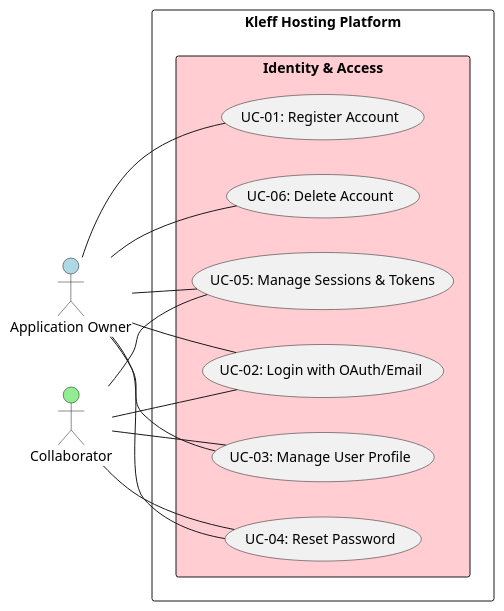
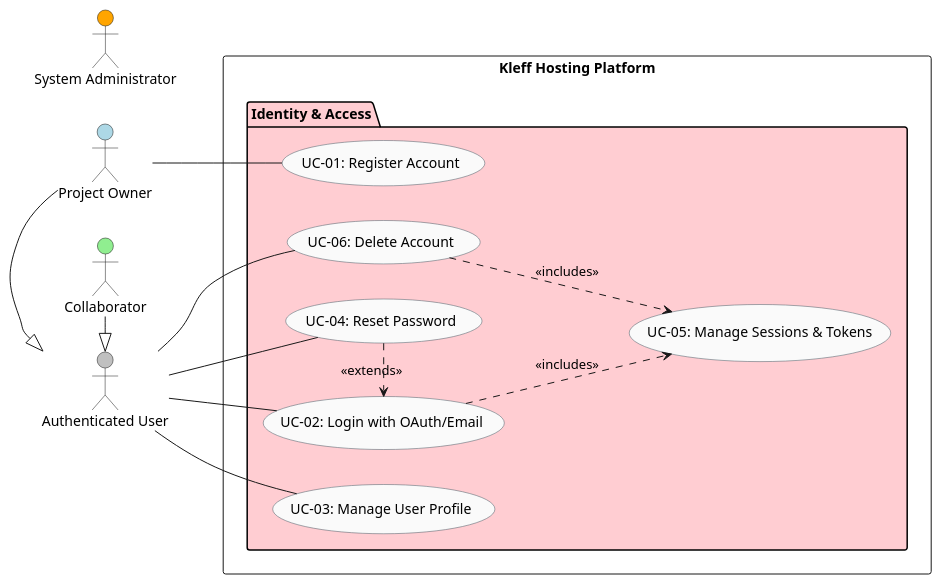
The diagram in docs/Identity/IdentityUseCase.puml (kleffio/.github), drawn with PlantUML before and after one commit. The commit also changed 5 other files, not shown here.

```diff
--- a/docs/Identity/IdentityUseCase.puml
+++ b/docs/Identity/IdentityUseCase.puml
@@ -1,34 +1,47 @@
 @startuml Kleff Hosting - Identity & Access Use Cases
 left to right direction
-skinparam packageStyle rectangle
+skinparam shadowing false
+skinparam usecase {
+  BackgroundColor #FAFAFA
+  BorderColor #455A64
+  RoundCorner 14
+}
 
 ' ==== Actors ====
-actor "Application Owner" as Owner #lightblue
+actor "Authenticated User" as AuthUser #silver
+actor "Project Owner" as Owner #lightblue
 actor "Collaborator" as Collab #lightgreen
+actor "System Administrator" as Admin #orange
+
+' Generalization: Owner & Collaborator are Authenticated Users
+Owner -|> AuthUser
+Collab -|> AuthUser
 
 rectangle "Kleff Hosting Platform" {
+
   package "Identity & Access" #FFCDD2 {
     usecase "UC-01: Register Account" as UC01
     usecase "UC-02: Login with OAuth/Email" as UC02
     usecase "UC-03: Manage User Profile" as UC03
     usecase "UC-04: Reset Password" as UC04
     usecase "UC-05: Manage Sessions & Tokens" as UC05
     usecase "UC-06: Delete Account" as UC06
   }
 }
 
-' Owner relationships
+' ==== Actor Relationships ====
+AuthUser -- UC02
+AuthUser -- UC03
+AuthUser -- UC04
+AuthUser -- UC06
+
 Owner -- UC01
-Owner -- UC02
-Owner -- UC03
-Owner -- UC04
-Owner -- UC05
-Owner -- UC06
 
-' Collaborator relationships
-Collab -- UC02
-Collab -- UC03
-Collab -- UC04
-Collab -- UC05
+' ==== EXTENDS ====
+UC04 .> UC02 : <<extends>>
+
+' ==== INCLUDES ====
+UC02 ..> UC05 : <<includes>>
+UC06 ..> UC05 : <<includes>>
 
 @enduml
```
